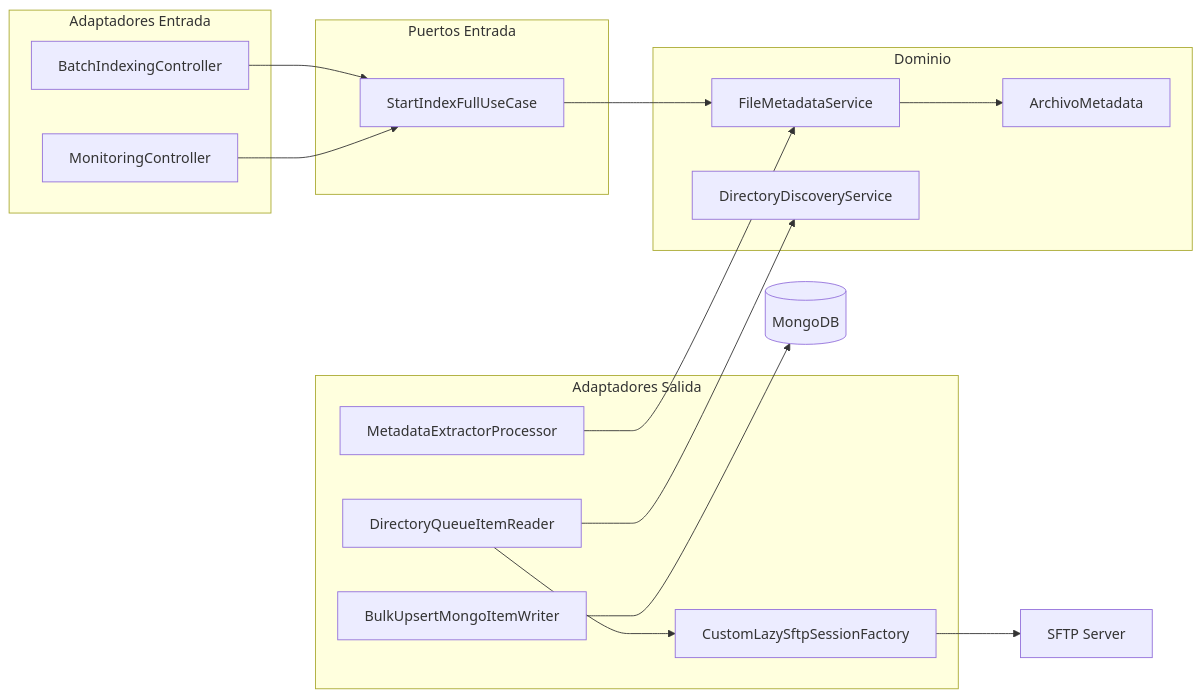
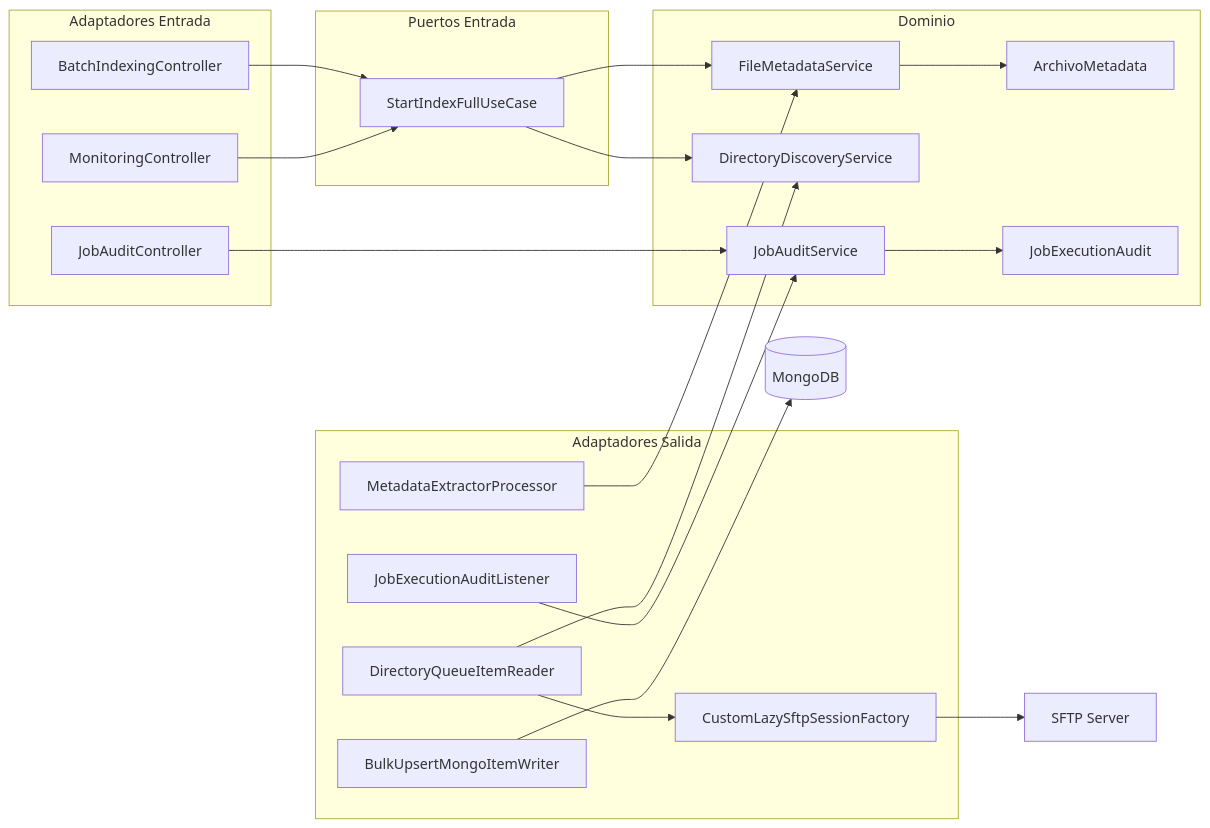
One commit to hahuaranga/dvsmart_indexing_api changed the third of 8 diagrams in README.md. Above: the diagram before and after it, drawn with Mermaid. The commit also changed other lines of this file and 7 other files, not shown here.

````diff
--- a/README.md
+++ b/README.md
@@ -160,34 +181,42 @@
 ```mermaid
 graph LR
     subgraph "Dominio"
-        M[ArchivoMetadata]
-        S[FileMetadataService]
-        D[DirectoryDiscoveryService]
+        M1[ArchivoMetadata]
+        M2[JobExecutionAudit]
+        S1[FileMetadataService]
+        S2[DirectoryDiscoveryService]
+        S3[JobAuditService]
     end
 
     subgraph "Puertos Entrada"
         PI[StartIndexFullUseCase]
     end
 
     subgraph "Adaptadores Entrada"
         AI1[BatchIndexingController]
         AI2[MonitoringController]
+        AI3[JobAuditController]
     end
 
     subgraph "Adaptadores Salida"
         AO1[DirectoryQueueItemReader]
         AO2[MetadataExtractorProcessor]
         AO3[BulkUpsertMongoItemWriter]
         AO4[CustomLazySftpSessionFactory]
+        AO5[JobExecutionAuditListener]
     end
 
     AI1 --> PI
     AI2 --> PI
-    PI --> S
-    S --> M
-    AO1 --> D
+    AI3 --> S3
+    PI --> S1
+    PI --> S2
+    S1 --> M1
+    S3 --> M2
+    AO1 --> S2
     AO1 --> AO4
-    AO2 --> S
+    AO2 --> S1
     AO3 --> MongoDB[(MongoDB)]
+    AO5 --> S3
     AO4 --> SFTP[SFTP Server]
 ```
````
